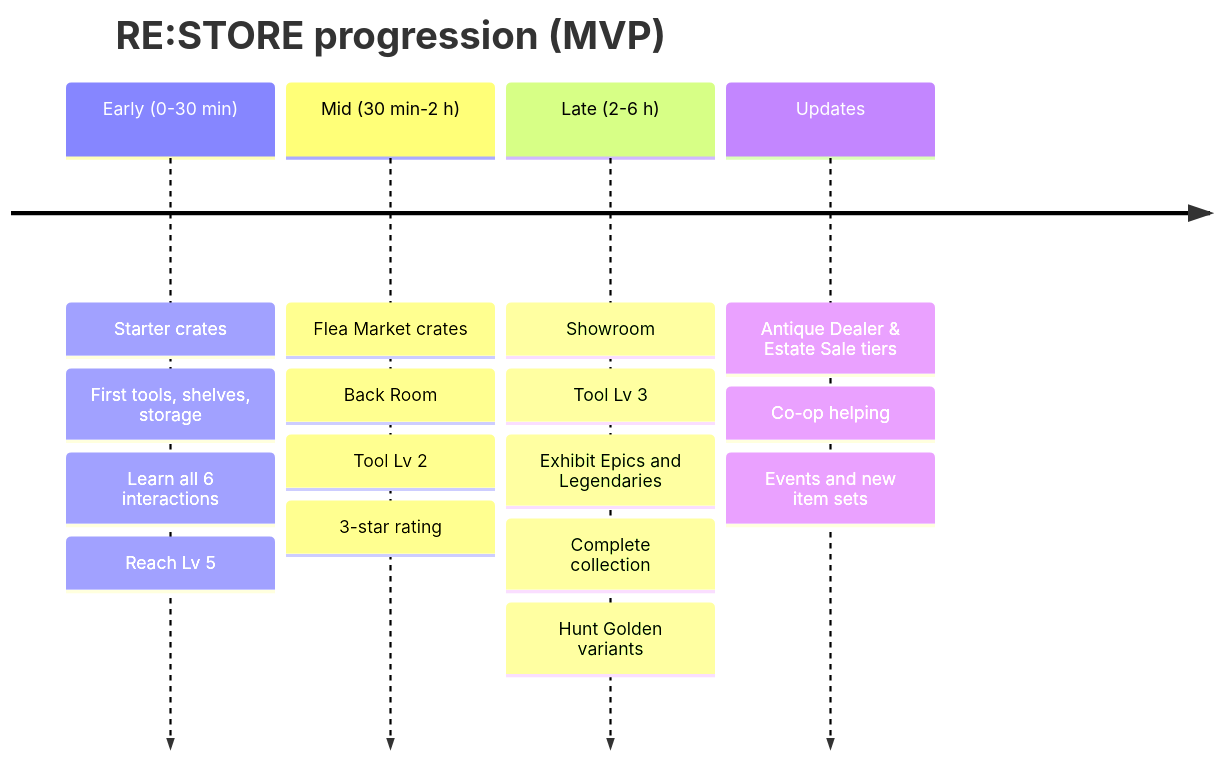
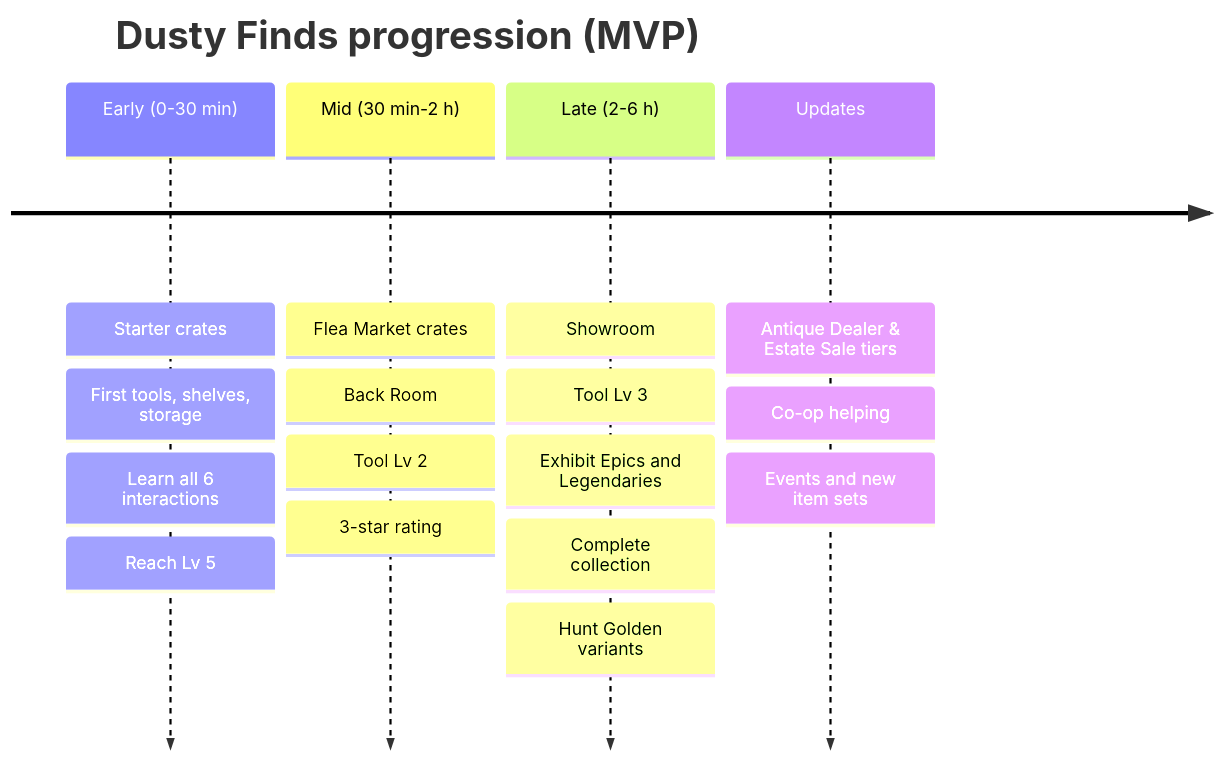
The diagram in docs/02_Economy.md (1nsincere/dusty-finds), drawn with Mermaid before and after one commit. The commit also changed 29 other files, not shown here.

````diff
--- a/docs/02_Economy.md
+++ b/docs/02_Economy.md
@@ -182,8 +182,8 @@
 ```mermaid
 timeline
-    title RE:STORE progression (MVP)
+    title Dusty Finds progression (MVP)
     Early (0-30 min) : Starter crates : First tools, shelves, storage : Learn all 6 interactions : Reach Lv 5
     Mid (30 min-2 h) : Flea Market crates : Back Room : Tool Lv 2 : 3-star rating
     Late (2-6 h) : Showroom : Tool Lv 3 : Exhibit Epics and Legendaries : Complete collection : Hunt Golden variants
     Updates : Antique Dealer & Estate Sale tiers : Co-op helping : Events and new item sets
 ```
````
